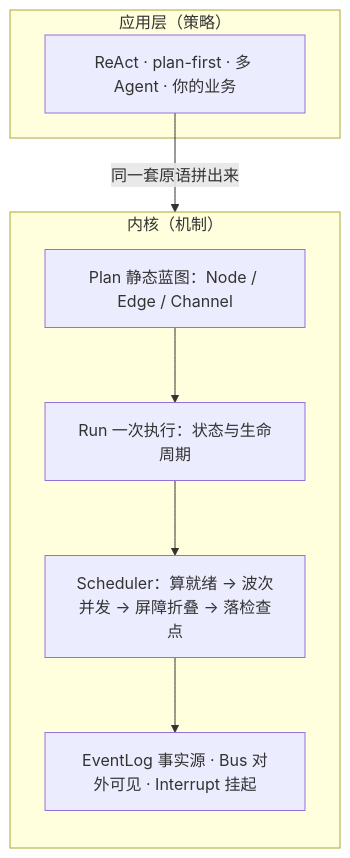
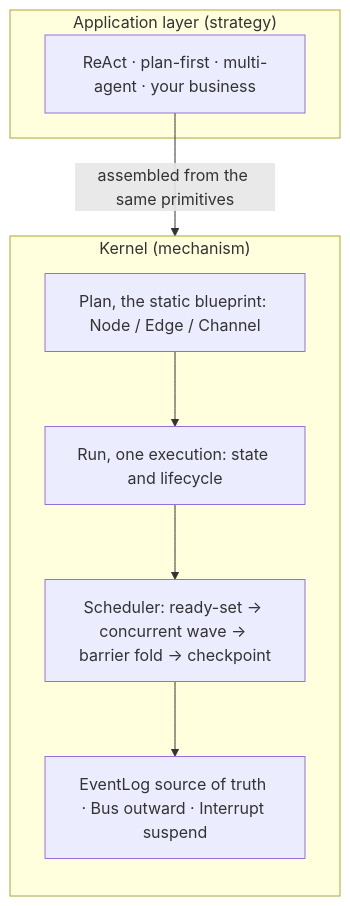
One commit to limenagent/prodagent changed the diagram in README.md. Above: the diagram before and after it, drawn with Mermaid. The commit also changed other lines of this file and 21 other files, not shown here.

````diff
--- a/README.md
+++ b/README.md
@@ -50,15 +58,15 @@
 ```mermaid
 flowchart TB
-  subgraph APP["应用层（策略）"]
-    A["ReAct · plan-first · 多 Agent · 你的业务"]
+  subgraph APP["Application layer (strategy)"]
+    A["ReAct · plan-first · multi-agent · your business"]
   end
-  subgraph K["内核（机制）"]
+  subgraph K["Kernel (mechanism)"]
     direction TB
-    P["Plan 静态蓝图：Node / Edge / Channel"]
-    R["Run 一次执行：状态与生命周期"]
-    S["Scheduler：算就绪 → 波次并发 → 屏障折叠 → 落检查点"]
-    E["EventLog 事实源 · Bus 对外可见 · Interrupt 挂起"]
+    P["Plan, the static blueprint: Node / Edge / Channel"]
+    R["Run, one execution: state and lifecycle"]
+    S["Scheduler: ready-set → concurrent wave → barrier fold → checkpoint"]
+    E["EventLog source of truth · Bus outward · Interrupt suspend"]
     P --> R --> S --> E
   end
-  A -->|同一套原语拼出来| K
+  A -->|assembled from the same primitives| K
 ```
````
